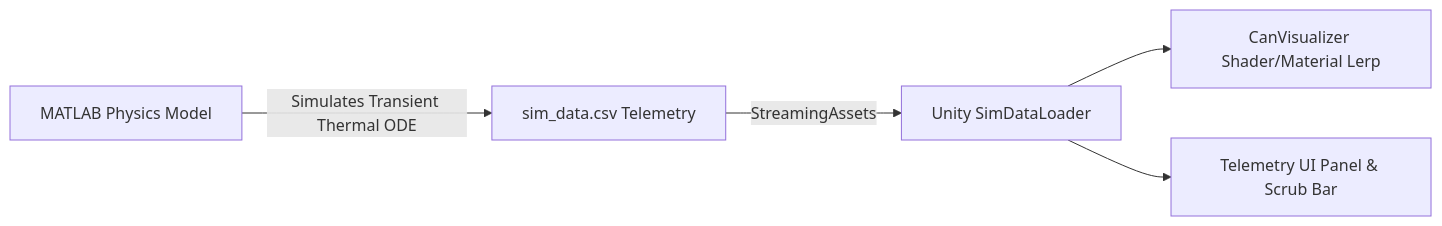
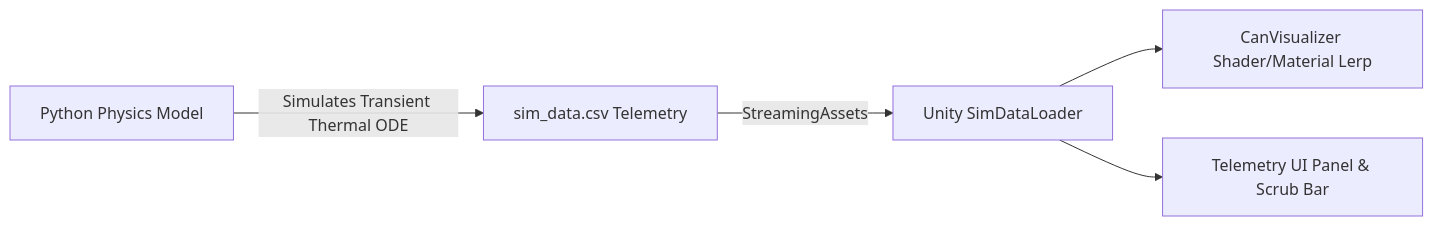
One commit to ANIL6190/Ksheera-Raksha changed the diagram in README.md. Above: the diagram before and after it, drawn with Mermaid. The commit also changed other lines of this file, not shown here.

Commit message:
Update README to reference Python physics model

````diff
--- a/README.md
+++ b/README.md
@@ -18,7 +18,7 @@
 ```mermaid
 graph LR
-    A[MATLAB Physics Model] -->|Simulates Transient Thermal ODE| B[sim_data.csv Telemetry]
+    A[Python Physics Model] -->|Simulates Transient Thermal ODE| B[sim_data.csv Telemetry]
     B -->|StreamingAssets| C[Unity SimDataLoader]
     C --> D[CanVisualizer Shader/Material Lerp]
     C --> E[Telemetry UI Panel & Scrub Bar]
 ```
````
